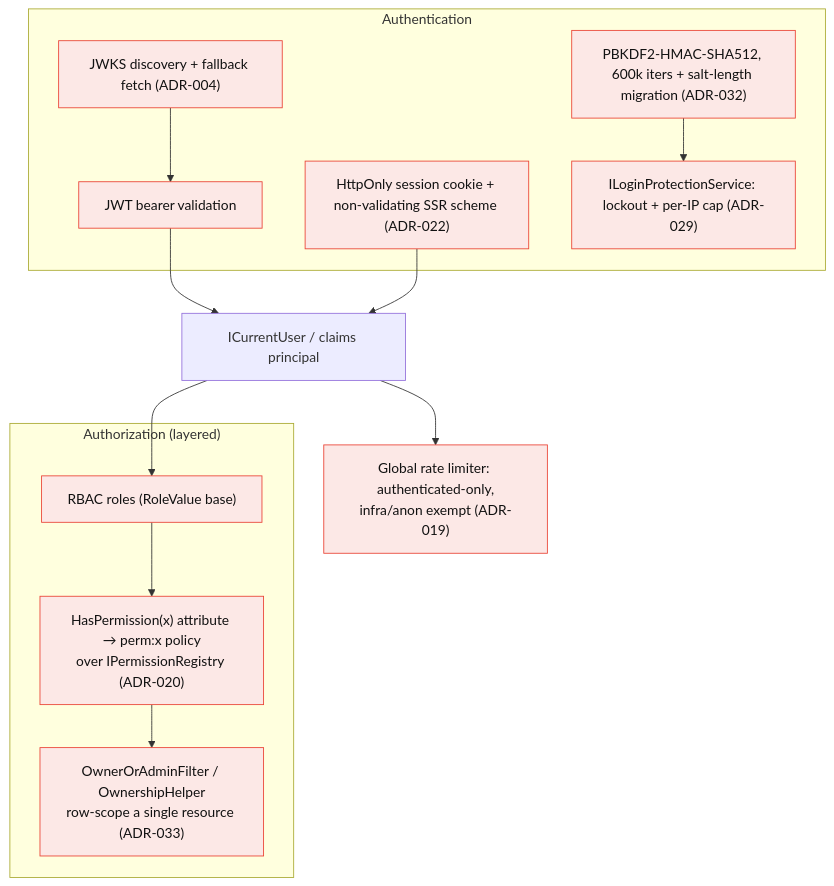
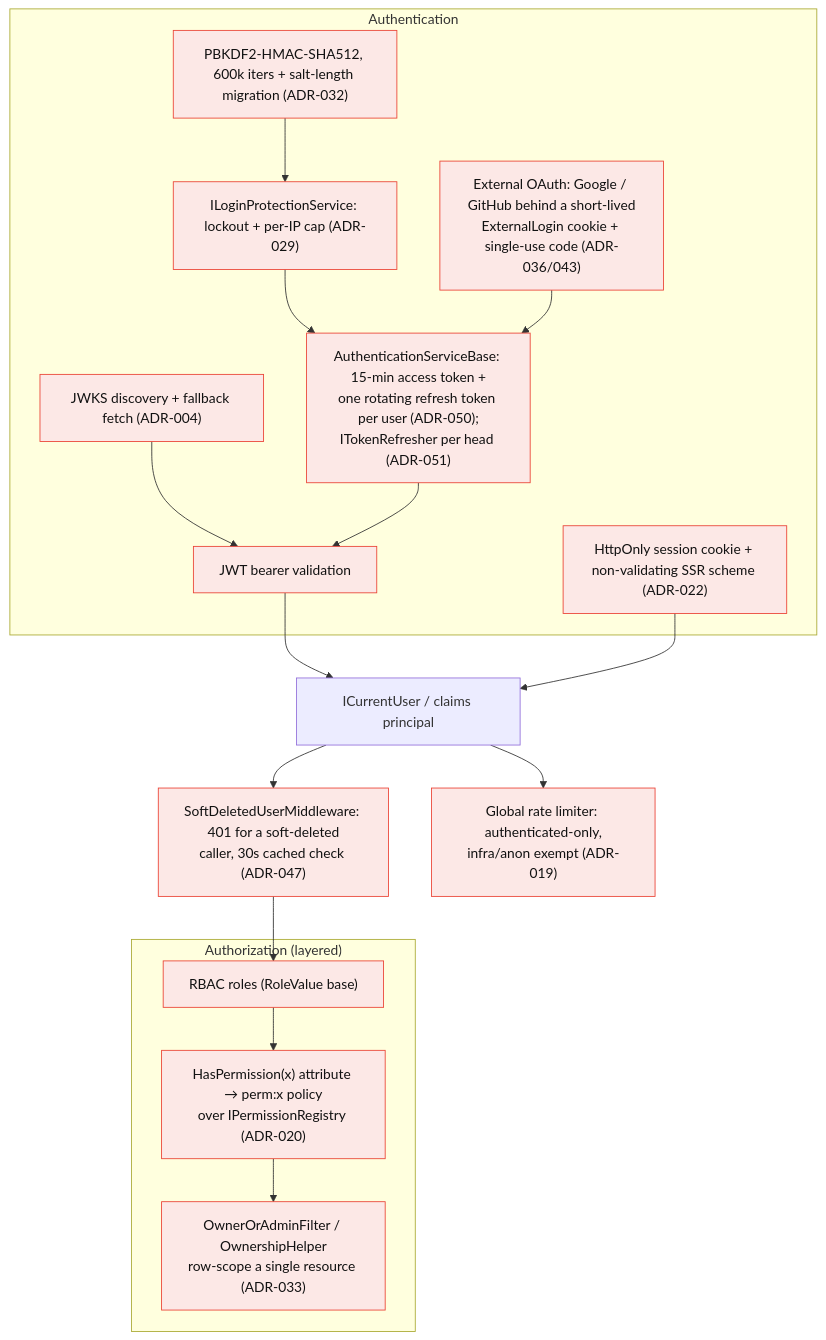
Before and after one commit to ivanball/ivanball.github.io: the ninth of 15 diagrams in docs-src/onboarding/CONCEPT-MAPS.md, drawn with Mermaid. The commit also changed other lines of this file and 15 other files, not shown here.

````diff
--- a/docs-src/onboarding/CONCEPT-MAPS.md
+++ b/docs-src/onboarding/CONCEPT-MAPS.md
@@ -424,30 +473,37 @@
 ```mermaid
 flowchart TD
     subgraph AUTHN["Authentication"]
         JWT["JWT bearer validation"]
         JWKS["JWKS discovery + fallback fetch (ADR-004)"]
         COOKIE["HttpOnly session cookie + non-validating SSR scheme (ADR-022)"]
         HASH["PBKDF2-HMAC-SHA512, 600k iters + salt-length migration (ADR-032)"]
         LOGIN["ILoginProtectionService: lockout + per-IP cap (ADR-029)"]
+        EXT["External OAuth: Google / GitHub behind a short-lived<br/>ExternalLogin cookie + single-use code (ADR-036/043)"]
+        ROT["AuthenticationServiceBase: 15-min access token +<br/>one rotating refresh token per user (ADR-050);<br/>ITokenRefresher per head (ADR-051)"]
     end
 
     CU["ICurrentUser / claims principal"]
+    REV["SoftDeletedUserMiddleware: 401 for a soft-deleted<br/>caller, 30s cached check (ADR-047)"]
 
     subgraph AUTHZ["Authorization (layered)"]
         RBAC["RBAC roles (RoleValue base)"]
         PERM["HasPermission(x) attribute → perm:x policy<br/>over IPermissionRegistry (ADR-020)"]
         OWN["OwnerOrAdminFilter / OwnershipHelper<br/>row-scope a single resource (ADR-033)"]
     end
 
     RL["Global rate limiter: authenticated-only,<br/>infra/anon exempt (ADR-019)"]
 
     JWT --> CU
     JWKS --> JWT
     COOKIE --> CU
     HASH --> LOGIN
-    CU --> RBAC --> PERM --> OWN
+    LOGIN --> ROT
+    EXT --> ROT
+    ROT --> JWT
+    CU --> REV
+    REV --> RBAC --> PERM --> OWN
     CU --> RL
 
     classDef a fill:#fce8e6,stroke:#ea4335,color:#111
-    class JWT,JWKS,COOKIE,HASH,LOGIN,RBAC,PERM,OWN,RL a
+    class JWT,JWKS,COOKIE,HASH,LOGIN,EXT,ROT,REV,RBAC,PERM,OWN,RL a
 ```
````
